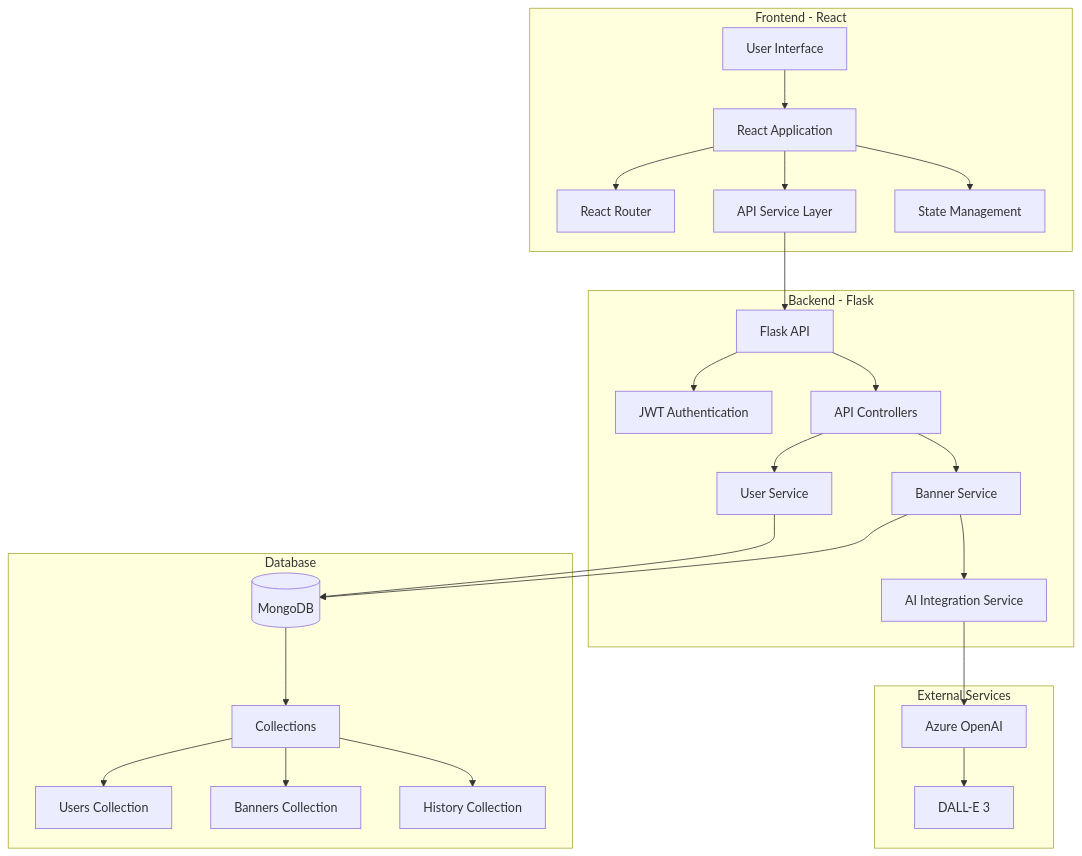
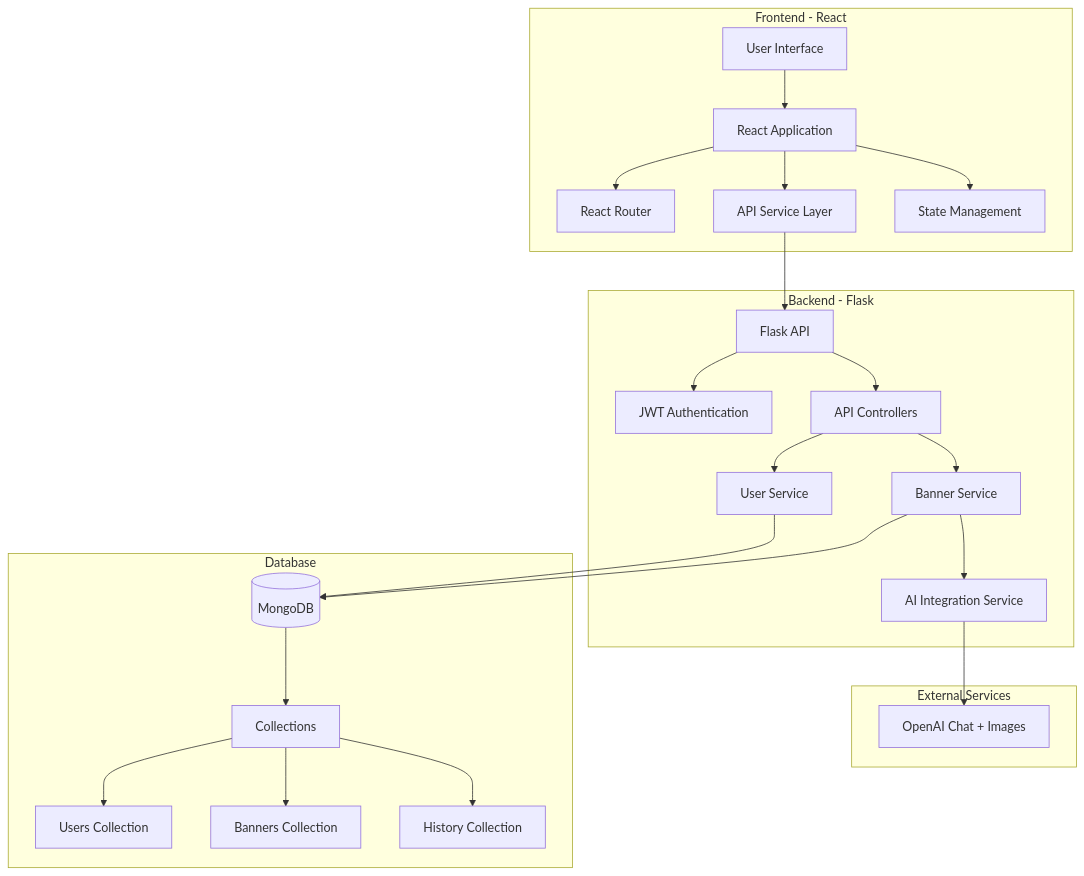
Before and after one commit to jaycodes2/AI_Banner_app: the diagram in README.md, drawn with Mermaid. The commit also changed other lines of this file and 8 other files, not shown here.

Commit message:
Switch from Azure OpenAI to standard OpenAI API (#1)

````diff
--- a/README.md
+++ b/README.md
@@ -118,33 +118,32 @@
 ```mermaid
 graph TD
     subgraph "Frontend - React"
         UI[User Interface] --> ReactApp[React Application]
         ReactApp --> Router[React Router]
         ReactApp --> ApiService[API Service Layer]
         ReactApp --> State[State Management]
     end
 
     subgraph "Backend - Flask"
         API[Flask API] --> Auth[JWT Authentication]
         API --> Controllers[API Controllers]
         Controllers --> BannerService[Banner Service]
         Controllers --> UserService[User Service]
         BannerService --> AIService[AI Integration Service]
     end
 
     subgraph "External Services"
-        AIService --> AzureOpenAI[Azure OpenAI]
-        AzureOpenAI --> DALLE[DALL-E 3]
+        AIService --> OpenAI[OpenAI Chat + Images]
     end
 
     subgraph "Database"
         MongoDB[(MongoDB)] --> Collections[Collections]
         Collections --> Users[Users Collection]
         Collections --> Banners[Banners Collection]
         Collections --> History[History Collection]
     end
 
     ApiService --> API
     UserService --> MongoDB
     BannerService --> MongoDB
 ```
````
